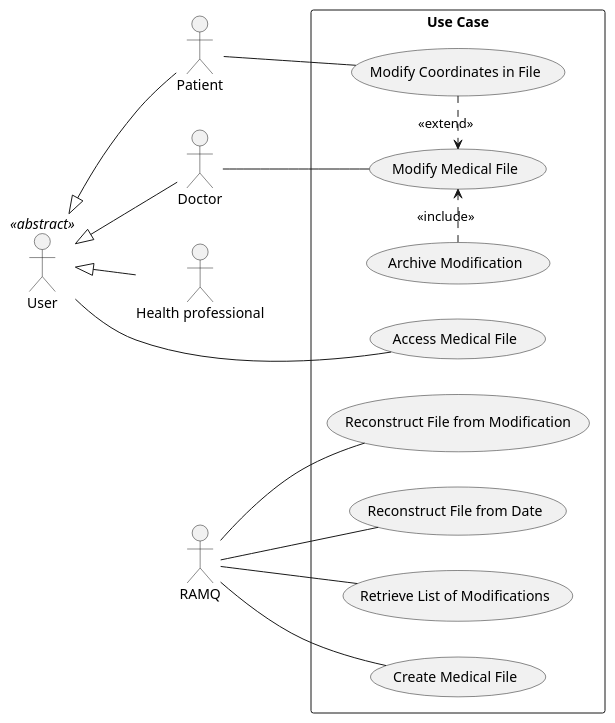
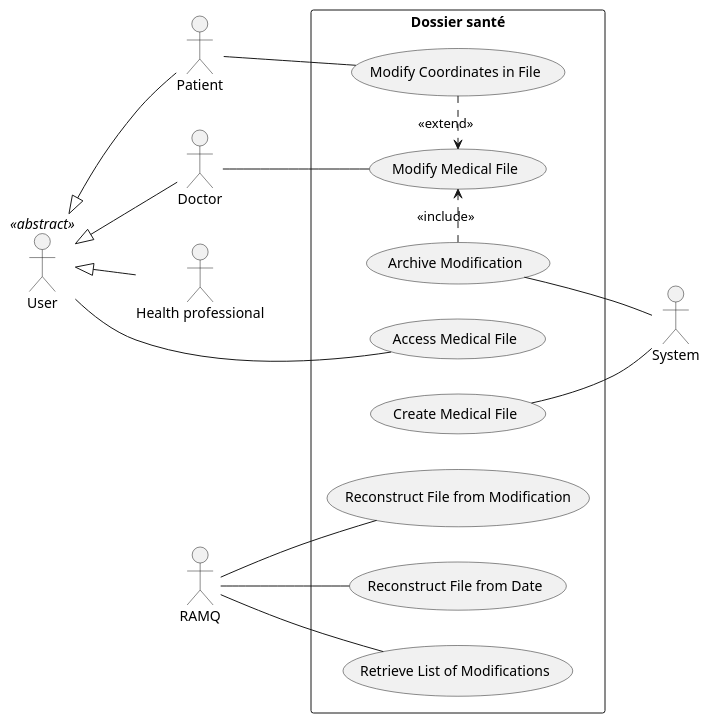
One commit to KevenJAntenor/Quebec-Centralized-Medical-Record-System changed the diagram in plantUml/use-case.puml. Above: the diagram before and after it, drawn with PlantUML.

Commit message:
diagram: Small fixes - Ramq doesn't create medical files but system does - System is also responsible for archiving modifications - Fix box naming

```diff
--- a/plantUml/use-case.puml
+++ b/plantUml/use-case.puml
@@ -1,25 +1,27 @@
 @startuml use-case
 
 left to right direction
 skinparam packageStyle rect
 actor "User" as user <<abstract>>
 actor "Patient" as patient
 actor "Doctor" as doctor
 actor "Health professional" as health_professional
 actor "RAMQ" as ramq
-rectangle "Use Case" {
+actor "System" as sys
+rectangle "Dossier santé" {
   user <|-- patient
   user <|-- doctor
   user <|-- health_professional
   user -- (Access Medical File)
   doctor -- (Modify Medical File)
   patient -- (Modify Coordinates in File)
   (Modify Coordinates in File) .> (Modify Medical File) : <<extend>>
-  ramq -- (Create Medical File)
   (Archive Modification) .> (Modify Medical File) : <<include>>
+  sys -up- (Archive Modification)
+  sys -- (Create Medical File)
   ramq -- (Reconstruct File from Modification)
   ramq -- (Reconstruct File from Date)
   ramq -- (Retrieve List of Modifications)
 }
 
 @enduml
```
